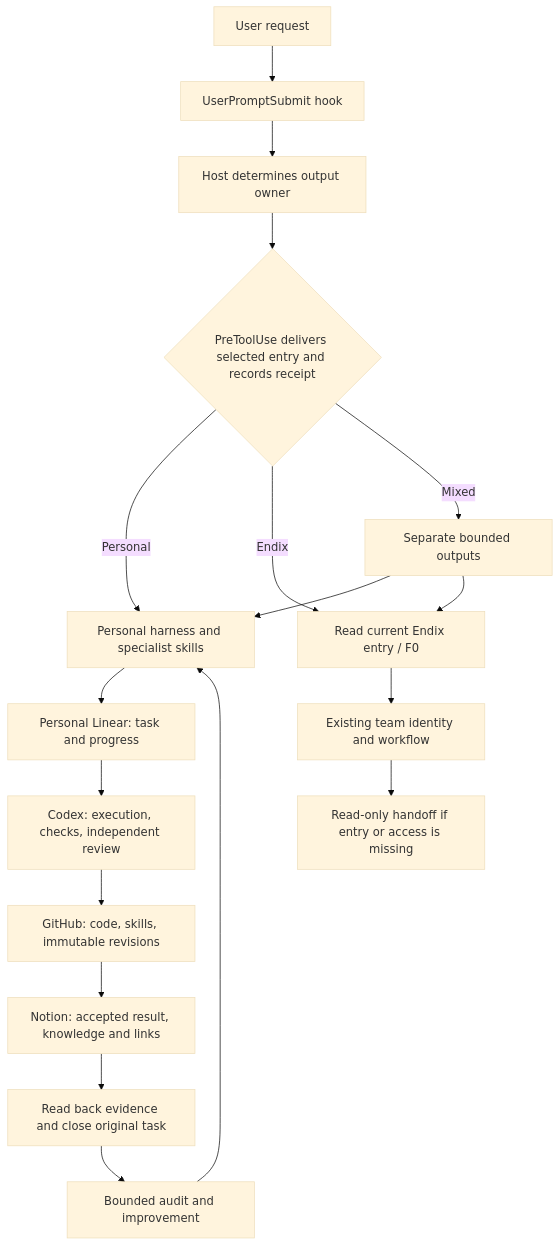
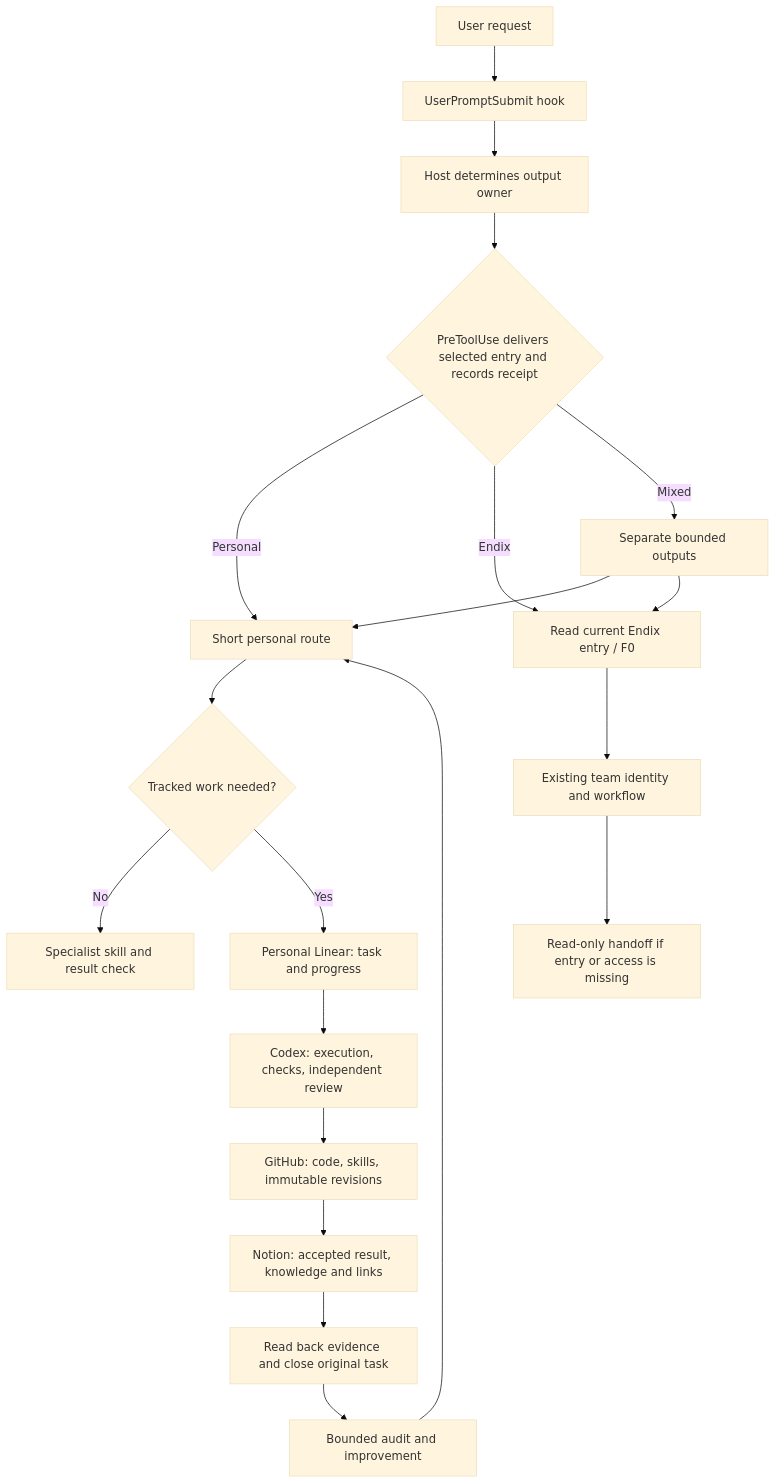
The diagram in harness/ENTRY-HOOK.md (maengseojun/agent-harness), drawn with Mermaid (base theme) before and after one commit. The commit also changed other lines of this file and 5 other files, not shown here.

Commit message:
feat: separate skill feedback from harness entry

````diff
--- a/harness/ENTRY-HOOK.md
+++ b/harness/ENTRY-HOOK.md
@@ -46,20 +49,22 @@
 ```mermaid
 flowchart TD
     U[User request] --> H[UserPromptSubmit hook]
     H --> D[Host determines output owner]
     D --> G{PreToolUse delivers selected entry and records receipt}
-    G -->|Personal| P[Personal harness and specialist skills]
+    G -->|Personal| P[Short personal route]
     G -->|Endix| E[Read current Endix entry / F0]
     G -->|Mixed| M[Separate bounded outputs]
     M --> P
     M --> E
-    P --> L[Personal Linear: task and progress]
+    P --> O{Tracked work needed?}
+    O -->|No| S[Specialist skill and result check]
+    O -->|Yes| L[Personal Linear: task and progress]
     L --> C[Codex: execution, checks, independent review]
     C --> R[GitHub: code, skills, immutable revisions]
     R --> N[Notion: accepted result, knowledge and links]
     N --> X[Read back evidence and close original task]
     X --> A[Bounded audit and improvement]
     A --> P
     E --> T[Existing team identity and workflow]
     T --> B[Read-only handoff if entry or access is missing]
 ```
````
